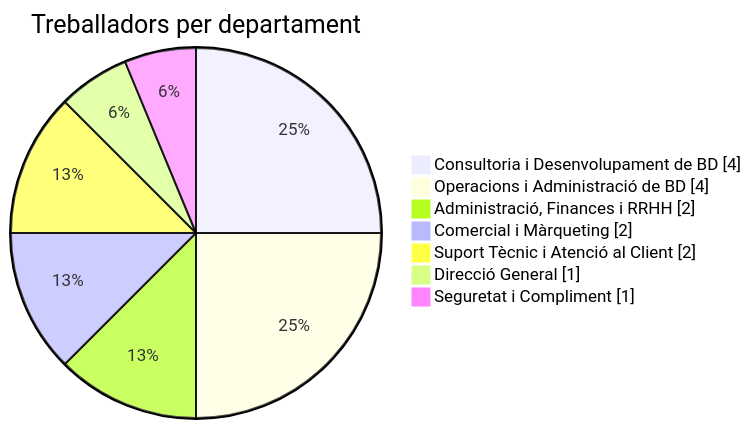
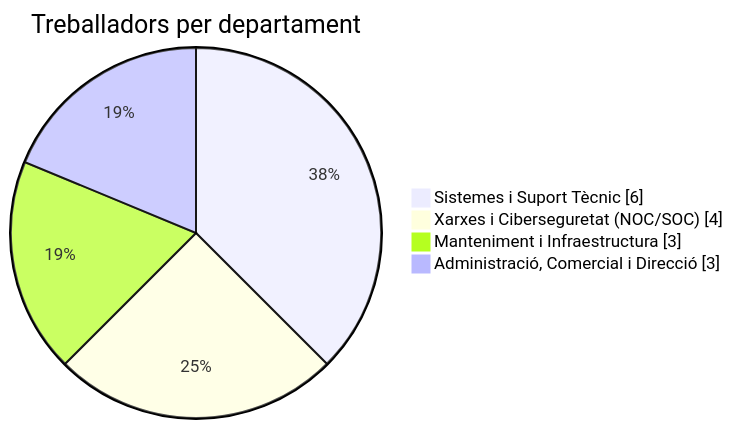
One commit to joanmengualp-eng/projecte-intermodular-aitex changed the diagram in docs/sprint-1/02-organitzacio.md. Above: the diagram before and after it, drawn with Mermaid. The commit also changed other lines of this file, not shown here.

````diff
--- a/docs/sprint-1/02-organitzacio.md
+++ b/docs/sprint-1/02-organitzacio.md
@@ -32,11 +29,8 @@
 ```mermaid
 pie showData
     title Treballadors per departament
-    "Consultoria i Desenvolupament de BD" : 4
-    "Operacions i Administració de BD" : 4
-    "Administració, Finances i RRHH" : 2
-    "Comercial i Màrqueting" : 2
-    "Suport Tècnic i Atenció al Client" : 2
-    "Direcció General" : 1
-    "Seguretat i Compliment" : 1
+    "Sistemes i Suport Tècnic" : 6
+    "Xarxes i Ciberseguretat (NOC/SOC)" : 4
+    "Manteniment i Infraestructura" : 3
+    "Administració, Comercial i Direcció" : 3
 ```
````
